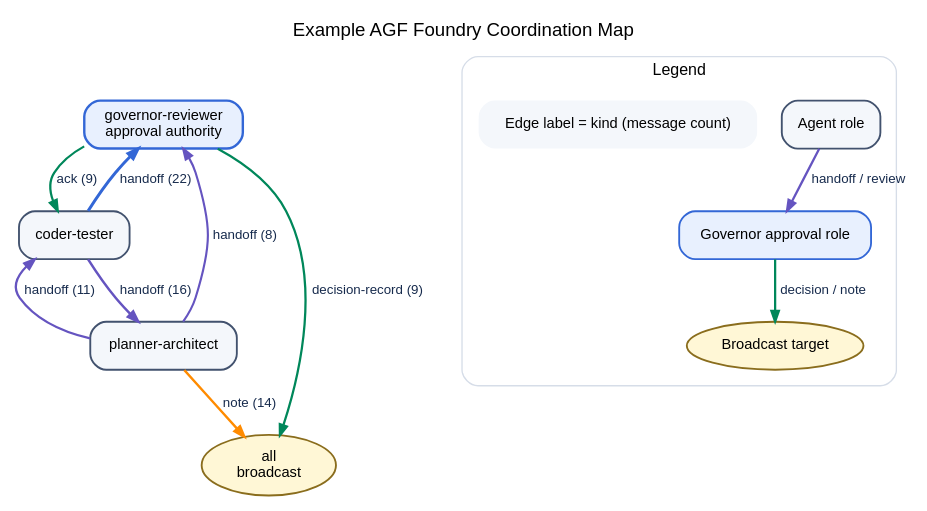
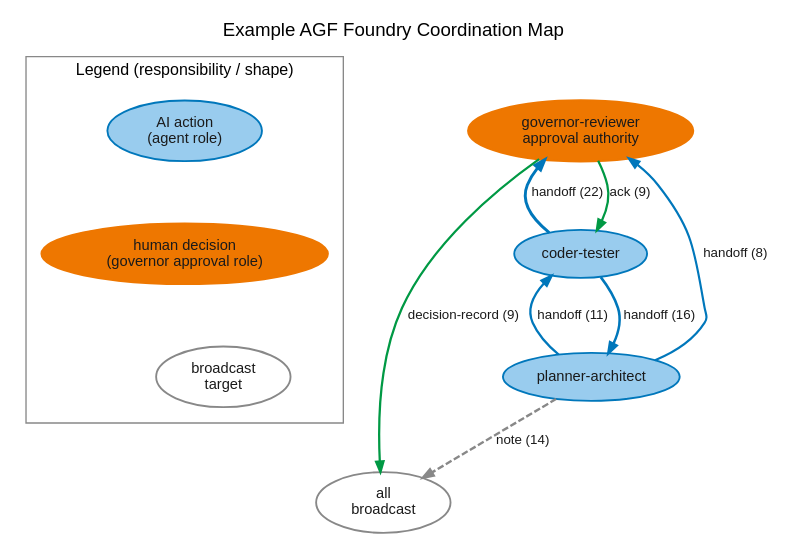
One commit to janipaijanen/agf-mirror changed the diagram in agf/docs/figures/src/coordination-map-example.dot. Above: the diagram before and after it, drawn with Graphviz. The commit also changed 17 other files, not shown here.

```diff
--- a/agf/docs/figures/src/coordination-map-example.dot
+++ b/agf/docs/figures/src/coordination-map-example.dot
@@ -1,129 +1,123 @@
+// SPDX-License-Identifier: CC-BY-SA-4.0
+// agents-govern: example AGF foundry coordination map
+// Generate: dot -Tsvg coordination-map-example.dot -o ../coordination-map-example.svg
+//
+// Semantic responsibility palette: agf/docs/site/reference/palette.md
+// ("Semantic responsibility palette" section). This figure previously
+// used an unrelated Atlassian-style colour set (#42526e, #3367d6,
+// #6554c0, #ff8b00, #00875a) -- exactly the "three unrelated palette
+// families" defect the workstream inventory identified. Role nodes now
+// use the same AI-action / Human-decision hues as coordination-
+// channel.dot's agent treatment (ellipse shape, coloured by role type);
+// the "all" broadcast target is the neutral trigger/destination ellipse
+// used throughout this figure set. Edge colours map onto the existing
+// message-kind convention: handoff = AI action blue, decision-record /
+// ack = approved-outcome green, note = advisory grey (dashed).
 digraph agf_coordination_example {
   graph [
     rankdir=TB,
     bgcolor="#ffffff",
     fontname="Helvetica",
     label="Example AGF Foundry Coordination Map",
     labelloc=t,
     fontsize=14
   ];
   node [
     fontname="Helvetica",
     fontsize=11,
-    shape=box,
-    style="rounded,filled",
-    color="#42526e",
-    fillcolor="#f4f7fb",
+    shape=ellipse,
+    style=filled,
+    color="#0077BB",
+    fillcolor="#99CCEE",
+    fontcolor="#1A1A1A",
     penwidth=1.4
   ];
   edge [
     fontname="Helvetica",
     fontsize=10,
-    color="#5e6c84",
-    fontcolor="#172b4d",
+    color="#0077BB",
+    fontcolor="#1A1A1A",
     arrowsize=0.8,
     penwidth=1.4
   ];
 
+  // Shape key: same responsibility categories used across this figure
+  // set, applied here to coordination-channel participants.
+  subgraph cluster_shapekey {
+    label = "Legend (responsibility / shape)";
+    fontname = "Helvetica";
+    fontsize = 12;
+    color = "#888888";
+    margin = 12;
+
+    sk_ai      [label="AI action\n(agent role)", shape=ellipse,
+                fillcolor="#99CCEE", color="#0077BB", fontcolor="#1A1A1A"];
+    sk_human   [label="human decision\n(governor approval role)", shape=ellipse,
+                fillcolor="#EE7700", color="#EE7700", fontcolor="#1A1A1A"];
+    sk_neutral [label="broadcast\ntarget", shape=ellipse,
+                fillcolor=white, color="#888888", fontcolor="#1A1A1A"];
+
+    sk_ai -> sk_human -> sk_neutral [style=invis];
+  }
+
   "all" [
     label="all\nbroadcast",
-    shape=ellipse,
-    fillcolor="#fff7d6",
-    color="#8a6d1d"
+    fillcolor=white,
+    color="#888888",
+    fontcolor="#1A1A1A"
   ];
   "coder-tester" [
     label="coder-tester"
   ];
   "governor-reviewer" [
     label="governor-reviewer\napproval authority",
-    fillcolor="#e8f0fe",
-    color="#3367d6",
+    fillcolor="#EE7700",
+    color="#EE7700",
+    fontcolor="#1A1A1A",
     penwidth=1.8
   ];
   "planner-architect" [
     label="planner-architect"
   ];
 
+  // Stack the shape key above the diagram, same technique as the other
+  // converted figures.
+  sk_neutral -> "all" [style=invis];
+
   "coder-tester" -> "governor-reviewer" [
     label="handoff (22)",
-    color="#3367d6",
+    color="#0077BB",
     penwidth=2.2
   ];
   "coder-tester" -> "planner-architect" [
     label="handoff (16)",
-    color="#6554c0",
+    color="#0077BB",
     penwidth=1.9
   ];
   "governor-reviewer" -> "all" [
     label="decision-record (9)",
-    color="#00875a",
+    color="#009944",
     penwidth=1.7
   ];
   "governor-reviewer" -> "coder-tester" [
     label="ack (9)",
-    color="#00875a",
+    color="#009944",
     penwidth=1.7
   ];
   "planner-architect" -> "all" [
     label="note (14)",
-    color="#ff8b00",
+    style=dashed,
+    color="#888888",
     penwidth=1.8
   ];
   "planner-architect" -> "coder-tester" [
     label="handoff (11)",
-    color="#6554c0",
+    color="#0077BB",
     penwidth=1.7
   ];
   "planner-architect" -> "governor-reviewer" [
     label="handoff (8)",
-    color="#6554c0",
+    color="#0077BB",
     penwidth=1.6
   ];
-
-  subgraph cluster_legend {
-    label="Legend";
-    color="#d6dde8";
-    fontname="Helvetica";
-    fontsize=12;
-    margin=12;
-    style="rounded,filled";
-    fillcolor="#ffffff";
-
-    legend_role [
-      label="Agent role",
-      shape=box,
-      style="rounded,filled",
-      fillcolor="#f4f7fb",
-      color="#42526e"
-    ];
-    legend_authority [
-      label="Governor approval role",
-      shape=box,
-      style="rounded,filled",
-      fillcolor="#e8f0fe",
-      color="#3367d6"
-    ];
-    legend_broadcast [
-      label="Broadcast target",
-      shape=ellipse,
-      style=filled,
-      fillcolor="#fff7d6",
-      color="#8a6d1d"
-    ];
-    legend_edge [
-      label="Edge label = kind (message count)",
-      shape=plaintext
-    ];
-
-    legend_role -> legend_authority [
-      label="handoff / review",
-      color="#6554c0",
-      penwidth=1.7
-    ];
-    legend_authority -> legend_broadcast [
-      label="decision / note",
-      color="#00875a",
-      penwidth=1.7
-    ];
-  }
 }
```
